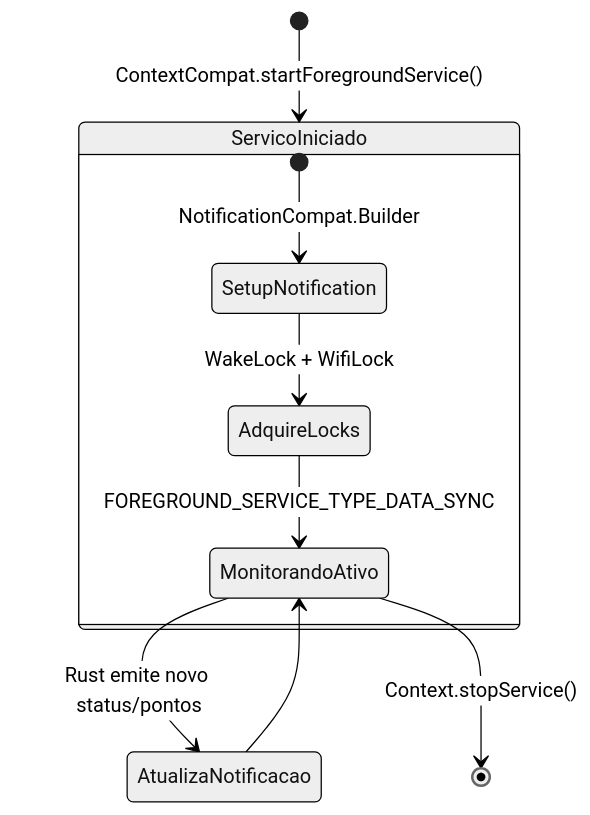
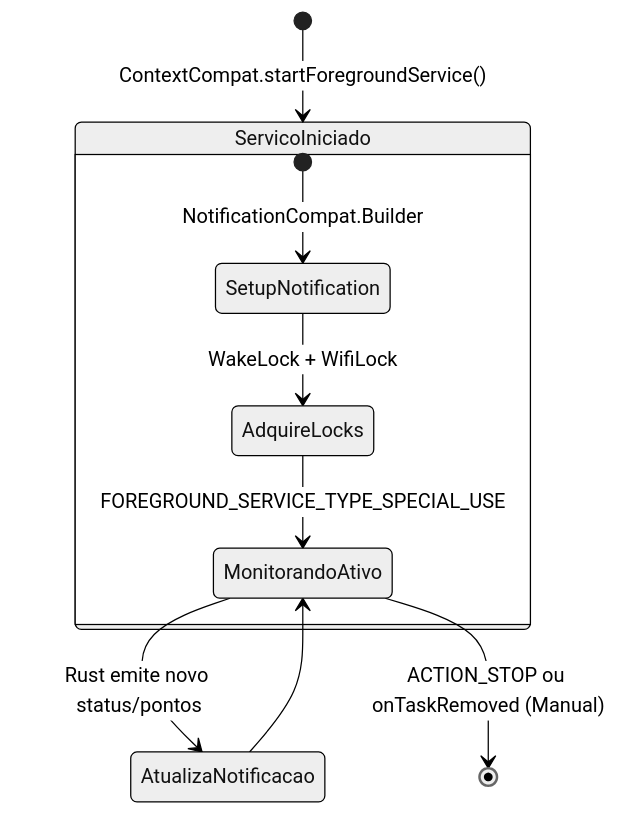
Before and after one commit to GabrielGamaBaptista/IdleStream: the second of 3 diagrams in Docs/07-multiplataforma-android.md, drawn with Mermaid (neutral theme). The commit also changed other lines of this file and 5 other files, not shown here.

````diff
--- a/Docs/07-multiplataforma-android.md
+++ b/Docs/07-multiplataforma-android.md
@@ -127,15 +135,15 @@
 ```mermaid
 stateDiagram-v2
     [*] --> ServicoIniciado: ContextCompat.startForegroundService()
     
     state ServicoIniciado {
         [*] --> SetupNotification: NotificationCompat.Builder
         SetupNotification --> AdquireLocks: WakeLock + WifiLock
-        AdquireLocks --> MonitorandoAtivo: FOREGROUND_SERVICE_TYPE_DATA_SYNC
+        AdquireLocks --> MonitorandoAtivo: FOREGROUND_SERVICE_TYPE_SPECIAL_USE
     }
 
     MonitorandoAtivo --> AtualizaNotificacao: Rust emite novo status/pontos
     AtualizaNotificacao --> MonitorandoAtivo
 
-    MonitorandoAtivo --> [*]: Context.stopService()
+    MonitorandoAtivo --> [*]: ACTION_STOP ou onTaskRemoved (Manual)
 ```
````
